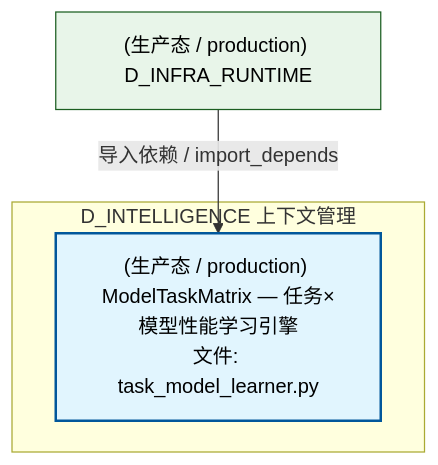
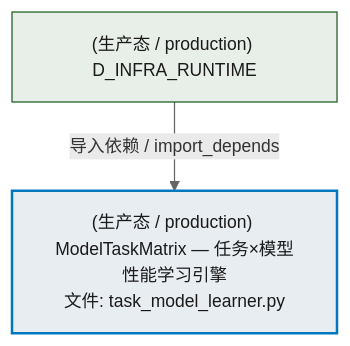
One commit to xuanFelixVan/ZephyrAlpha changed the second of 4 diagrams in docs/02_enterprise_architecture/02_domain_architecture_docs/57_d_intelligence.md. Above: the diagram before and after it, drawn with Mermaid. The commit also changed other lines of this file and 76 other files, not shown here.

````diff
--- a/docs/02_enterprise_architecture/02_domain_architecture_docs/57_d_intelligence.md
+++ b/docs/02_enterprise_architecture/02_domain_architecture_docs/57_d_intelligence.md
@@ -202,14 +226,13 @@
 ```mermaid
-graph TD
-    subgraph D_INTELLIGENCE["D_INTELLIGENCE 上下文管理"]
-        src_zephyr_intelligence_model_profiling_task_model_learner_py["(生产态 / production) ModelTaskMatrix — 任务×模型性能学习引擎<br/>文件: task_model_learner.py"]
-    end
+%%{init: {'theme': 'base', 'themeVariables': {'primaryColor': '#eaeaea', 'primaryTextColor': '#333333', 'primaryBorderColor': '#666666', 'lineColor': '#666666', 'secondaryColor': '#eaeaea', 'tertiaryColor': '#eaeaea', 'fontSize': '14px'}}}%%
+flowchart TD
+    src_zephyr_intelligence_model_profiling_task_model_learner_py["(生产态 / production) ModelTaskMatrix — 任务×模型性能学习引擎<br/>文件: task_model_learner.py"]
     D_INFRA_RUNTIME["(生产态 / production) D_INFRA_RUNTIME"]
     D_INFRA_RUNTIME -->|导入依赖 / import_depends| src_zephyr_intelligence_model_profiling_task_model_learner_py
-    classDef production fill:#e1f5fe,stroke:#01579b,stroke-width:2px,color:#000
-    classDef design fill:#fff3e0,stroke:#e65100,stroke-width:2px,color:#000,stroke-dasharray: 5 5
-    classDef external_prod fill:#e8f5e9,stroke:#1b5e20,stroke-width:1px,color:#000
-    classDef external_design fill:#fce4ec,stroke:#880e4f,stroke-width:1px,color:#000,stroke-dasharray: 5 5
+    classDef production fill:#e8edf2,stroke:#0277bd,stroke-width:2px,color:#1a1a1a
+    classDef design fill:#f0ebe3,stroke:#bf360c,stroke-width:2px,color:#1a1a1a,stroke-dasharray: 5 5
+    classDef external_prod fill:#e8efe9,stroke:#1b5e20,stroke-width:1px,color:#1a1a1a
+    classDef external_design fill:#efe5ea,stroke:#880e4f,stroke-width:1px,color:#1a1a1a,stroke-dasharray: 5 5
     class src_zephyr_intelligence_model_profiling_task_model_learner_py production
     class D_INFRA_RUNTIME external_prod
 ```
````
